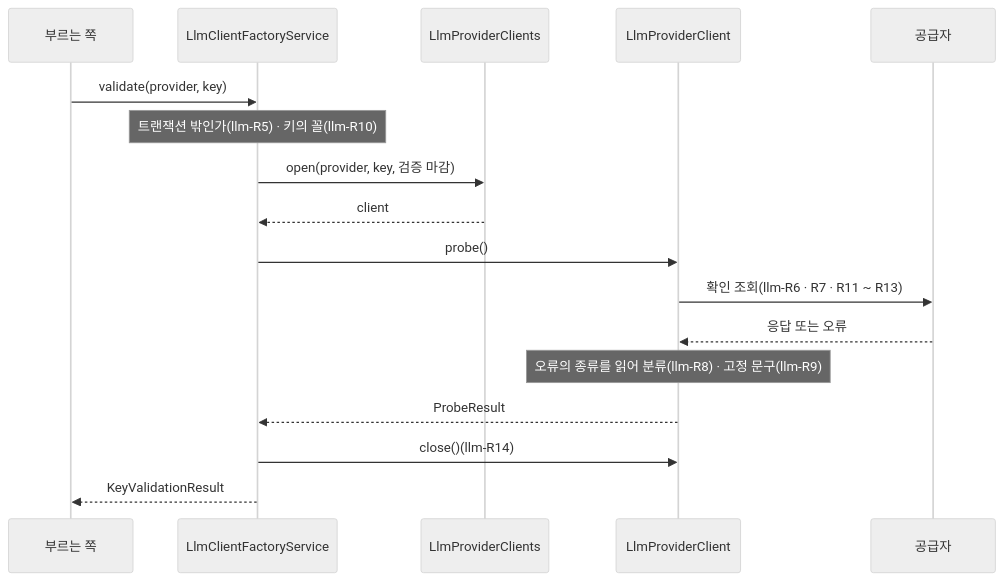
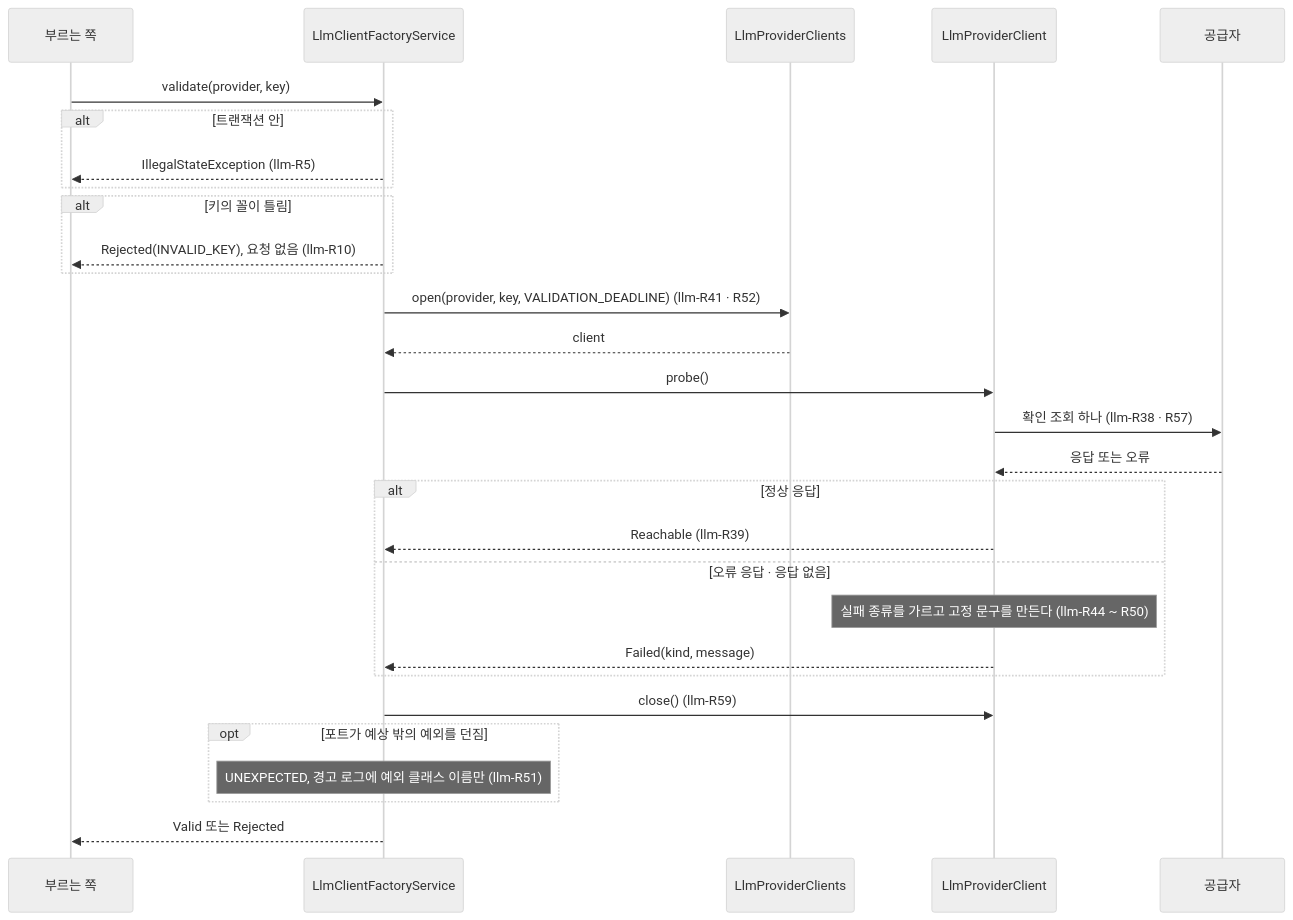
The first of 3 diagrams in docs/specs/llm.md (Theia0382/yozm-news), drawn with Mermaid (neutral theme) before and after one commit. The commit also changed other lines of this file, not shown here.

First line of the commit message:
docs: llm Spec 다시 쓰기 — 규칙 쪼개기 · 시퀀스 그림 · 실측은 ADR 로

````diff
--- a/docs/specs/llm.md
+++ b/docs/specs/llm.md
@@ -393,19 +421,31 @@
 ```mermaid
 sequenceDiagram
     participant C as 부르는 쪽
     participant S as LlmClientFactoryService
     participant P as LlmProviderClients
     participant K as LlmProviderClient
     participant X as 공급자
     C->>S: validate(provider, key)
-    Note over S: 트랜잭션 밖인가(llm-R5) · 키의 꼴(llm-R10)
-    S->>P: open(provider, key, 검증 마감)
+    alt 트랜잭션 안
+        S-->>C: IllegalStateException (llm-R5)
+    end
+    alt 키의 꼴이 틀림
+        S-->>C: Rejected(INVALID_KEY), 요청 없음 (llm-R10)
+    end
+    S->>P: open(provider, key, VALIDATION_DEADLINE) (llm-R41 · R52)
     P-->>S: client
     S->>K: probe()
-    K->>X: 확인 조회(llm-R6 · R7 · R11 ~ R13)
+    K->>X: 확인 조회 하나 (llm-R38 · R57)
     X-->>K: 응답 또는 오류
-    Note over K: 오류의 종류를 읽어 분류(llm-R8) · 고정 문구(llm-R9)
-    K-->>S: ProbeResult
-    S->>K: close()(llm-R14)
-    S-->>C: KeyValidationResult
+    alt 정상 응답
+        K-->>S: Reachable (llm-R39)
+    else 오류 응답 · 응답 없음
+        Note over K: 실패 종류를 가르고 고정 문구를 만든다 (llm-R44 ~ R50)
+        K-->>S: Failed(kind, message)
+    end
+    S->>K: close() (llm-R59)
+    opt 포트가 예상 밖의 예외를 던짐
+        Note over S: UNEXPECTED, 경고 로그에 예외 클래스 이름만 (llm-R51)
+    end
+    S-->>C: Valid 또는 Rejected
 ```
````
